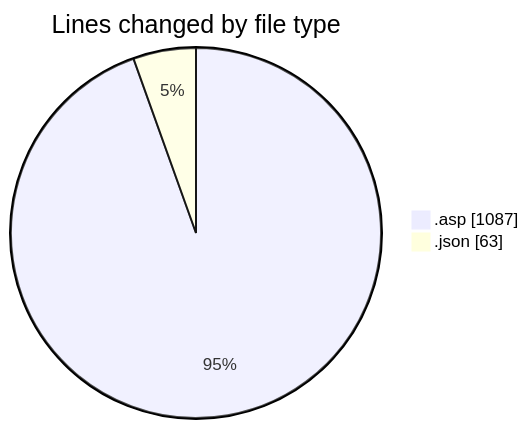
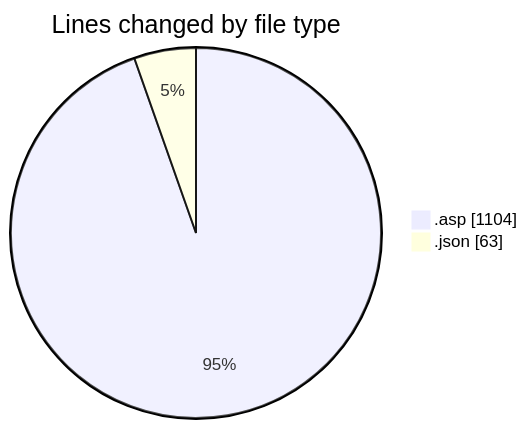
One commit to julien-gomy/code-tracking changed the first of 2 diagrams in 2025-10-20/usr_aleoudev_fr__workspace_/README.md. Above: the diagram before and after it, drawn with Mermaid. The commit also changed other lines of this file and 1 other file, not shown here.

````diff
--- a/2025-10-20/usr_aleoudev_fr__workspace_/README.md
+++ b/2025-10-20/usr_aleoudev_fr__workspace_/README.md
@@ -23,6 +23,6 @@
 ```mermaid
 pie showData
 title Lines changed by file type
-".asp" : 1087
+".asp" : 1104
 ".json" : 63
 ```
````
